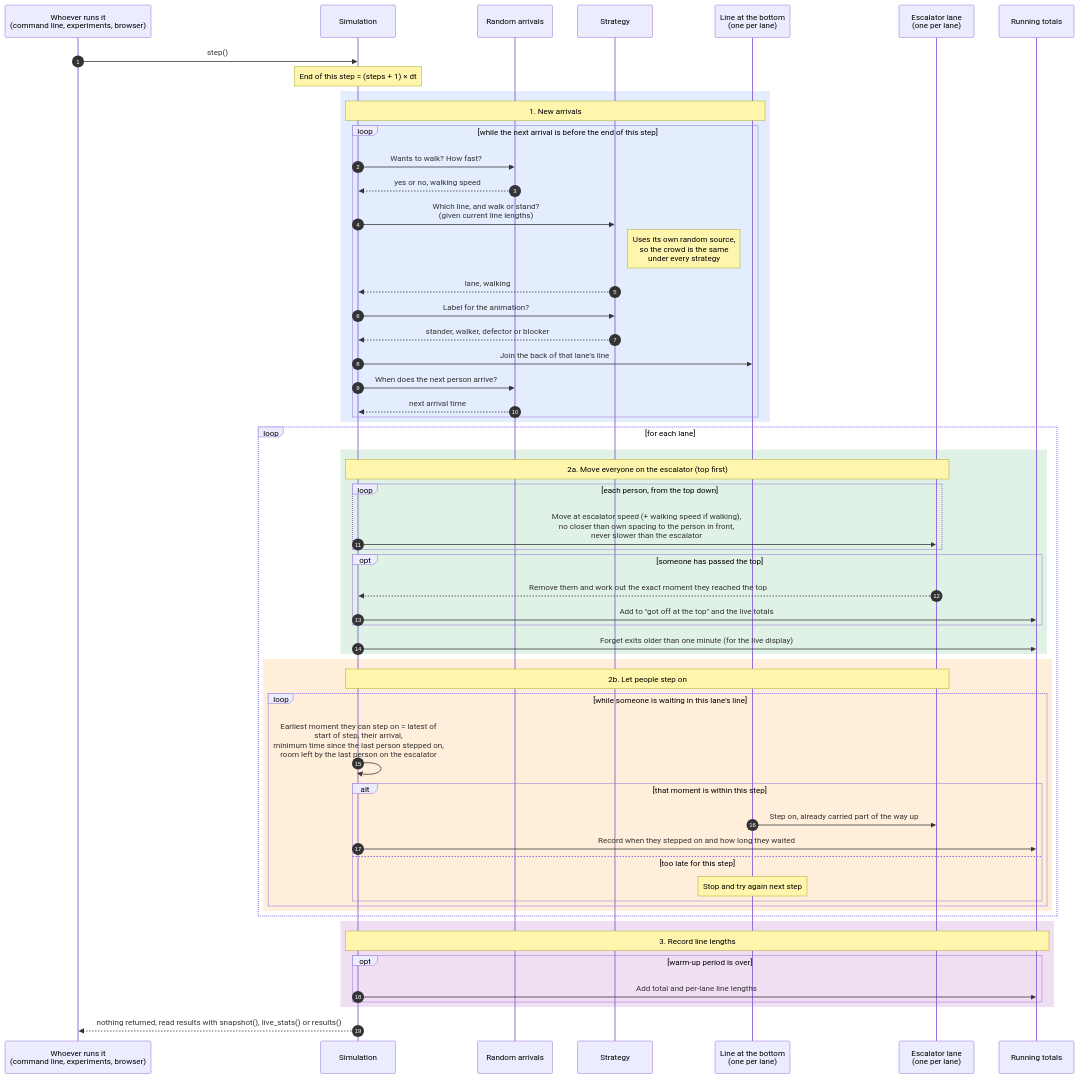
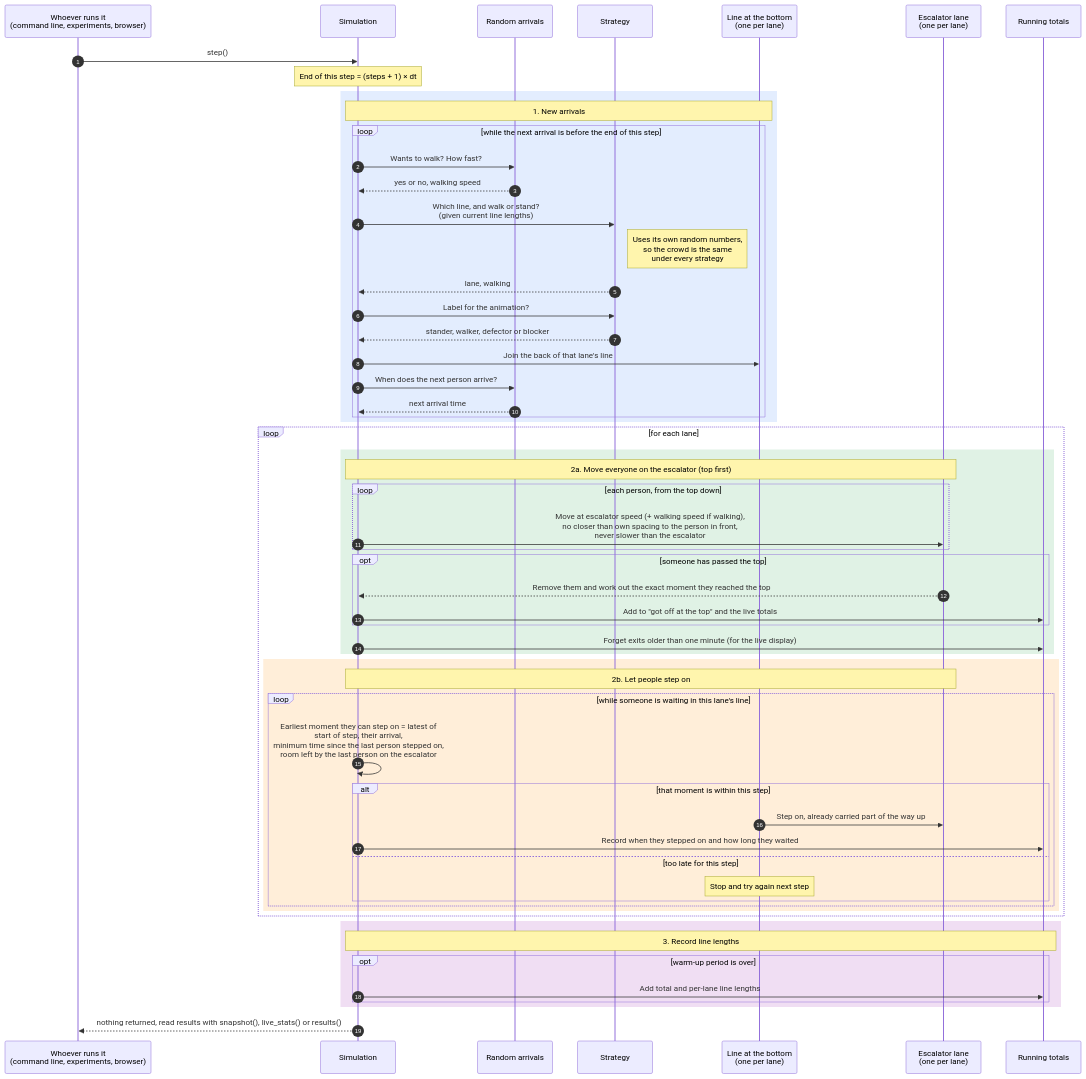
Before and after one commit to john-kim-500/escalator-simulation: the diagram in docs/ENGINE_DESIGN.md, drawn with Mermaid. The commit also changed other lines of this file and 10 other files, not shown here.

````diff
--- a/docs/ENGINE_DESIGN.md
+++ b/docs/ENGINE_DESIGN.md
@@ -61,66 +61,66 @@
 ```mermaid
 sequenceDiagram
     autonumber
     participant R as Whoever runs it<br/>(command line, experiments, browser)
     participant S as Simulation
     participant A as Random arrivals
     participant St as Strategy
     participant L as Line at the bottom<br/>(one per lane)
     participant E as Escalator lane<br/>(one per lane)
     participant T as Running totals
 
     R->>S: step()
     Note over S: End of this step = (steps + 1) × dt
 
     rect rgba(66, 133, 244, 0.15)
     Note over S,L: 1. New arrivals
     loop while the next arrival is before the end of this step
         S->>A: Wants to walk? How fast?
         A-->>S: yes or no, walking speed
         S->>St: Which line, and walk or stand?<br/>(given current line lengths)
-        Note right of St: Uses its own random source,<br/>so the crowd is the same<br/>under every strategy
+        Note right of St: Uses its own random numbers,<br/>so the crowd is the same<br/>under every strategy
         St-->>S: lane, walking
         S->>St: Label for the animation?
         St-->>S: stander, walker, defector or blocker
         S->>L: Join the back of that lane's line
         S->>A: When does the next person arrive?
         A-->>S: next arrival time
     end
     end
 
     loop for each lane
         rect rgba(52, 168, 83, 0.15)
         Note over S,E: 2a. Move everyone on the escalator (top first)
         loop each person, from the top down
             S->>E: Move at escalator speed (+ walking speed if walking),<br/>no closer than own spacing to the person in front,<br/>never slower than the escalator
         end
         opt someone has passed the top
             E-->>S: Remove them and work out the exact moment they reached the top
             S->>T: Add to "got off at the top" and the live totals
         end
         S->>T: Forget exits older than one minute (for the live display)
         end
 
         rect rgba(251, 140, 0, 0.15)
         Note over S,E: 2b. Let people step on
         loop while someone is waiting in this lane's line
             S->>S: Earliest moment they can step on = latest of<br/>start of step, their arrival,<br/>minimum time since the last person stepped on,<br/>room left by the last person on the escalator
             alt that moment is within this step
                 L->>E: Step on, already carried part of the way up
                 S->>T: Record when they stepped on and how long they waited
             else too late for this step
                 Note over L: Stop and try again next step
             end
         end
         end
     end
 
     rect rgba(156, 39, 176, 0.15)
     Note over S,T: 3. Record line lengths
     opt warm-up period is over
         S->>T: Add total and per-lane line lengths
     end
     end
 
     S-->>R: nothing returned, read results with snapshot(), live_stats() or results()
 ```
````
